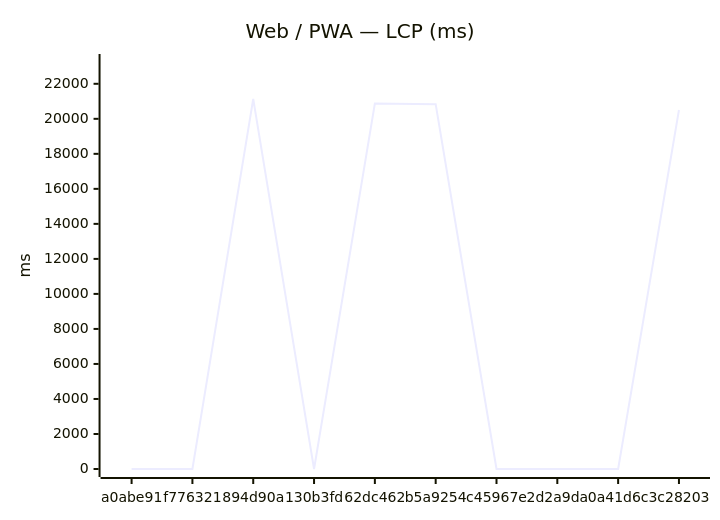
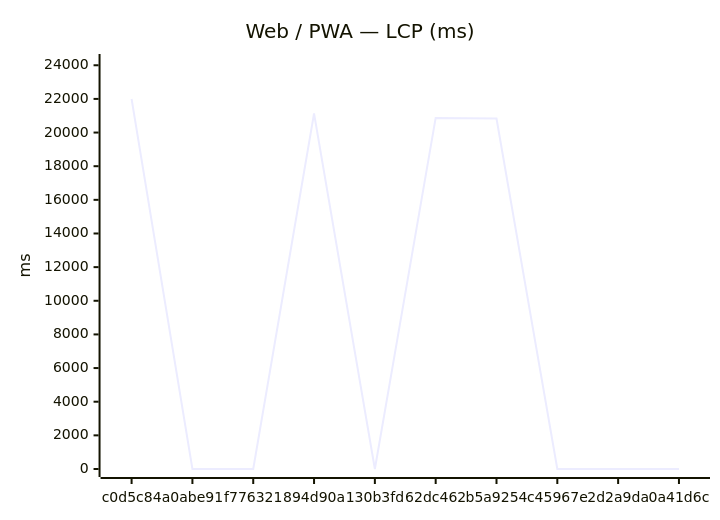
One commit to Metaheurist/Rianell changed the first of 18 diagrams in benchmarks/compare.md. Above: the diagram before and after it, drawn with Mermaid. The commit also changed other lines of this file and 11 other files, not shown here.

````diff
--- a/benchmarks/compare.md
+++ b/benchmarks/compare.md
@@ -24,7 +24,7 @@
 ```mermaid
 xychart-beta
     title "Web / PWA — LCP (ms)"
-    x-axis ["a0abe91", "f776321", "894d90a", "130b3fd", "62dc462", "b5a9254", "c45967e", "2d2a9da", "0a41d6c", "3c28203"]
-    y-axis "ms" 0 --> 23245
-    line [0, 0, 21131, 0, 20871, 20837, 0, 0, 0, 20503]
+    x-axis ["c0d5c84", "a0abe91", "f776321", "894d90a", "130b3fd", "62dc462", "b5a9254", "c45967e", "2d2a9da", "0a41d6c"]
+    y-axis "ms" 0 --> 24194
+    line [21994, 0, 0, 21131, 0, 20871, 20837, 0, 0, 0]
 ```
````
